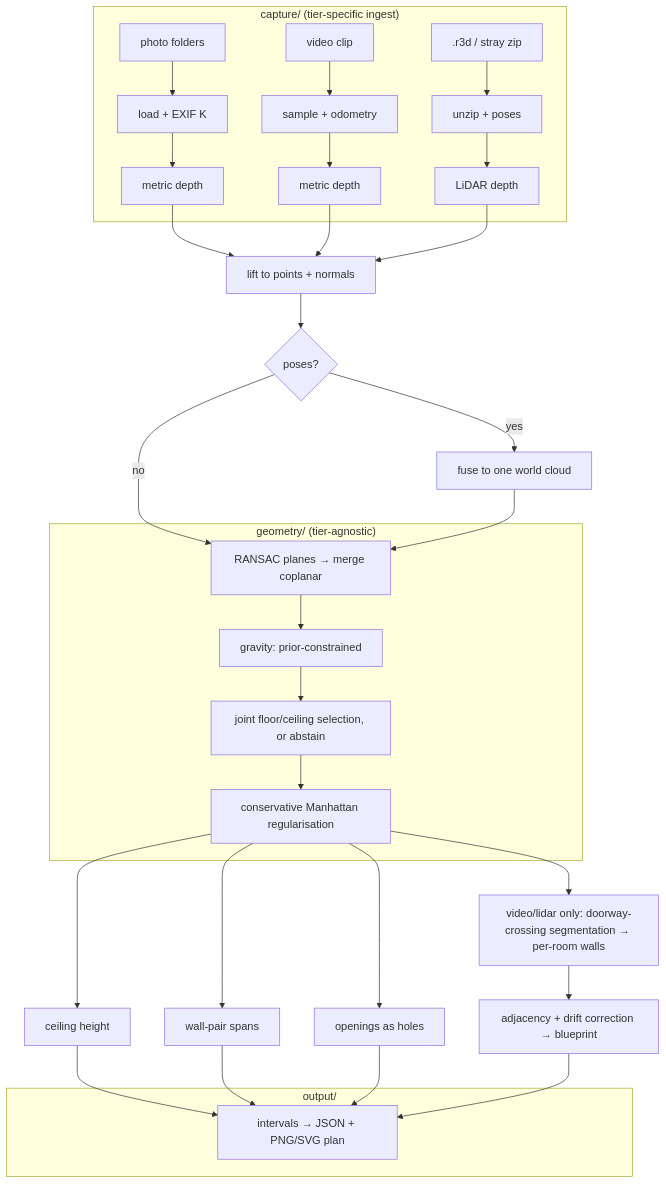
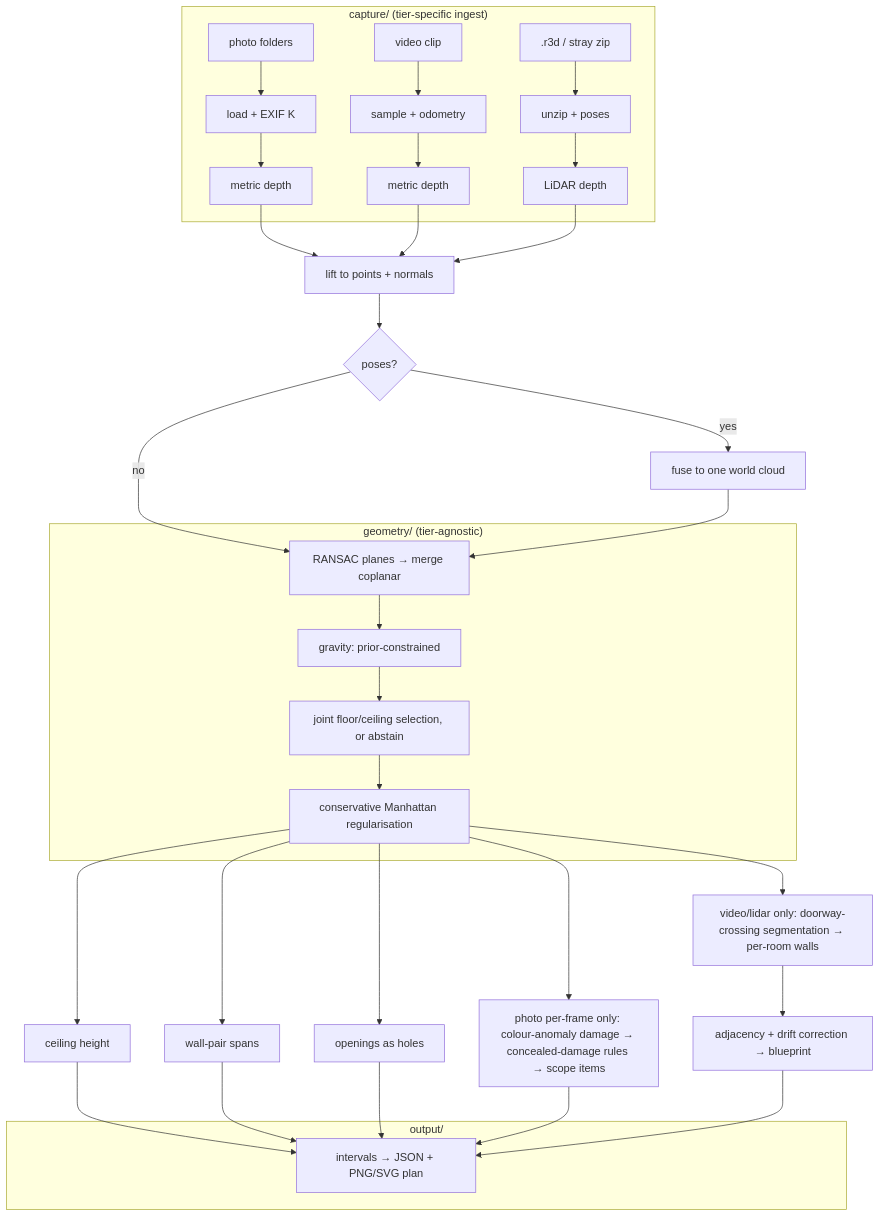
Before and after one commit to Satyampatil513/cozmo_ai: the diagram in docs/TECHNICAL_REPORT.md, drawn with Mermaid. The commit also changed other lines of this file and 7 other files, not shown here.

````diff
--- a/docs/TECHNICAL_REPORT.md
+++ b/docs/TECHNICAL_REPORT.md
@@ -15,42 +15,44 @@
 ```mermaid
 flowchart TD
     subgraph capture["capture/ (tier-specific ingest)"]
         P0[photo folders] --> P1[load + EXIF K]
         V0[video clip] --> V1[sample + odometry]
         L0[".r3d / stray zip"] --> L1[unzip + poses]
         P1 --> P2[metric depth]
         V1 --> V2[metric depth]
         L1 --> L2[LiDAR depth]
     end
 
     P2 --> LIFT[lift to points + normals]
     V2 --> LIFT
     L2 --> LIFT
 
     LIFT --> POSES{poses?}
     POSES -->|yes| FUSE[fuse to one world cloud]
     POSES -->|no| GEO
     FUSE --> GEO
 
     subgraph geometry["geometry/ (tier-agnostic)"]
         GEO["RANSAC planes → merge coplanar"] --> GRAV[gravity: prior-constrained]
         GRAV --> SEL[joint floor/ceiling selection, or abstain]
         SEL --> MAN[conservative Manhattan regularisation]
     end
 
     MAN --> CH[ceiling height]
     MAN --> WP[wall-pair spans]
     MAN --> OP[openings as holes]
+    MAN --> DMG["photo per-frame only: colour-anomaly damage → concealed-damage rules → scope items"]
 
     MAN --> SEG["video/lidar only: doorway-crossing segmentation → per-room walls"]
     SEG --> ADJ["adjacency + drift correction → blueprint"]
 
     CH --> OUT
     WP --> OUT
     OP --> OUT
+    DMG --> OUT
     ADJ --> OUT
 
     subgraph output["output/"]
         OUT["intervals → JSON + PNG/SVG plan"]
     end
 ```
````
